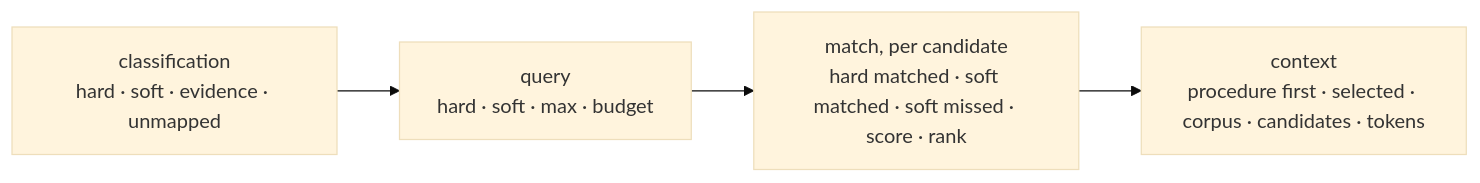
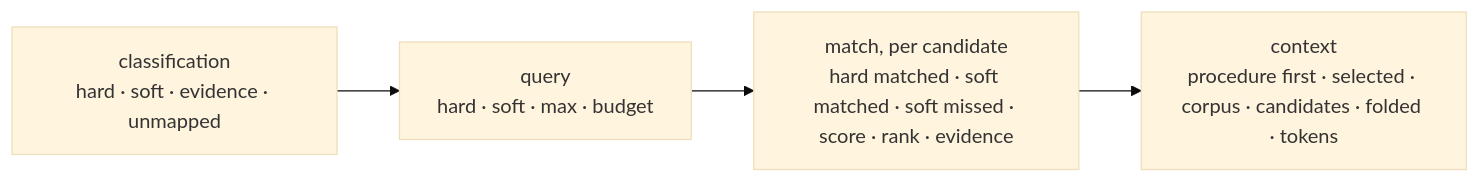
The ninth of 9 diagrams in docs/design/memory/01_domain_model.md (Debith/pygim), drawn with Mermaid (base theme) before and after one commit. The commit also changed other lines of this file and 7 other files, not shown here.

````diff
--- a/docs/design/memory/01_domain_model.md
+++ b/docs/design/memory/01_domain_model.md
@@ -456,6 +456,6 @@
 ```mermaid
 flowchart LR
     c["classification<br/>hard · soft · evidence · unmapped"] --> q["query<br/>hard · soft · max · budget"]
-    q --> m["match, per candidate<br/>hard matched · soft matched · soft missed · score · rank"]
-    m --> x["context<br/>procedure first · selected · corpus · candidates · tokens"]
+    q --> m["match, per candidate<br/>hard matched · soft matched · soft missed · score · rank · evidence"]
+    m --> x["context<br/>procedure first · selected · corpus · candidates · folded · tokens"]
 ```
````
